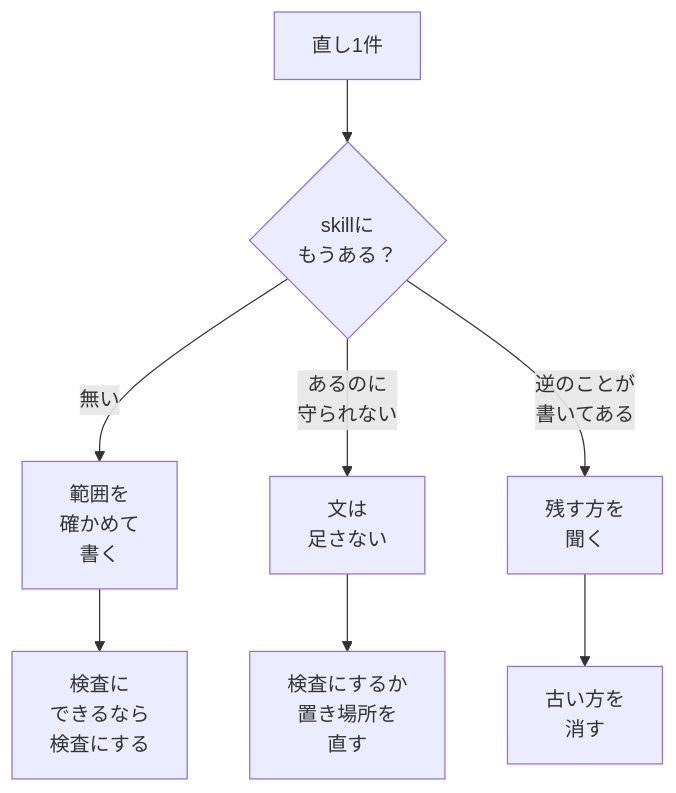
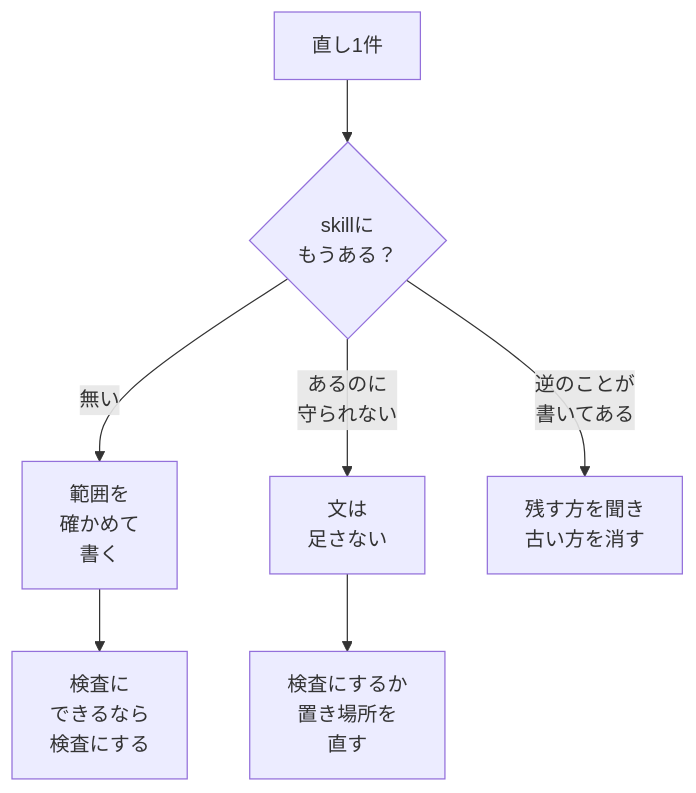
One commit to tamacolet/skill-eval changed the second of 2 diagrams in README.md. Above: the diagram before and after it, drawn with Mermaid. The commit also changed other lines of this file, not shown here.

Commit message:
docs: 図がGitHubの拡大ボタンと重ならない並びにする

````diff
--- a/README.md
+++ b/README.md
@@ -47,10 +49,9 @@
 ```mermaid
 flowchart TD
   A["直し1件"] --> B{"skillに<br>もうある？"}
   B -->|"無い"| C["範囲を<br>確かめて<br>書く"]
   B -->|"あるのに<br>守られない"| D["文は<br>足さない"]
-  B -->|"逆のことが<br>書いてある"| E["残す方を<br>聞く"]
+  B -->|"逆のことが<br>書いてある"| E["残す方を聞き<br>古い方を消す"]
   C --> F["検査に<br>できるなら<br>検査にする"]
   D --> G["検査にするか<br>置き場所を<br>直す"]
-  E --> H["古い方を<br>消す"]
 ```
````
